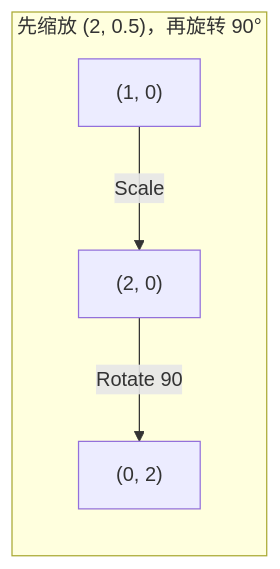
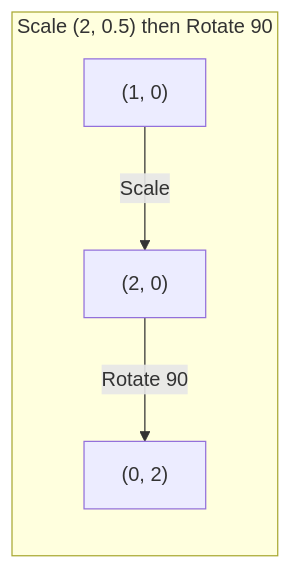
Before and after one commit to omigaZen/ai-engineering-from-scratch: the seventh of 7 diagrams in phases/01-math-foundations/03-matrix-transformations/docs/zh.md, drawn with Mermaid. The commit also changed other lines of this file and 32 other files, not shown here.

````diff
--- a/phases/01-math-foundations/03-matrix-transformations/docs/zh.md
+++ b/phases/01-math-foundations/03-matrix-transformations/docs/zh.md
@@ -164,6 +164,6 @@
 ```mermaid
 graph LR
-    subgraph Path2["先缩放 (2, 0.5)，再旋转 90°"]
+    subgraph Path2["Scale (2, 0.5) then Rotate 90"]
         Q1["(1, 0)"] -->|"Scale"| Q2["(2, 0)"] -->|"Rotate 90"| Q3["(0, 2)"]
     end
 ```
````
